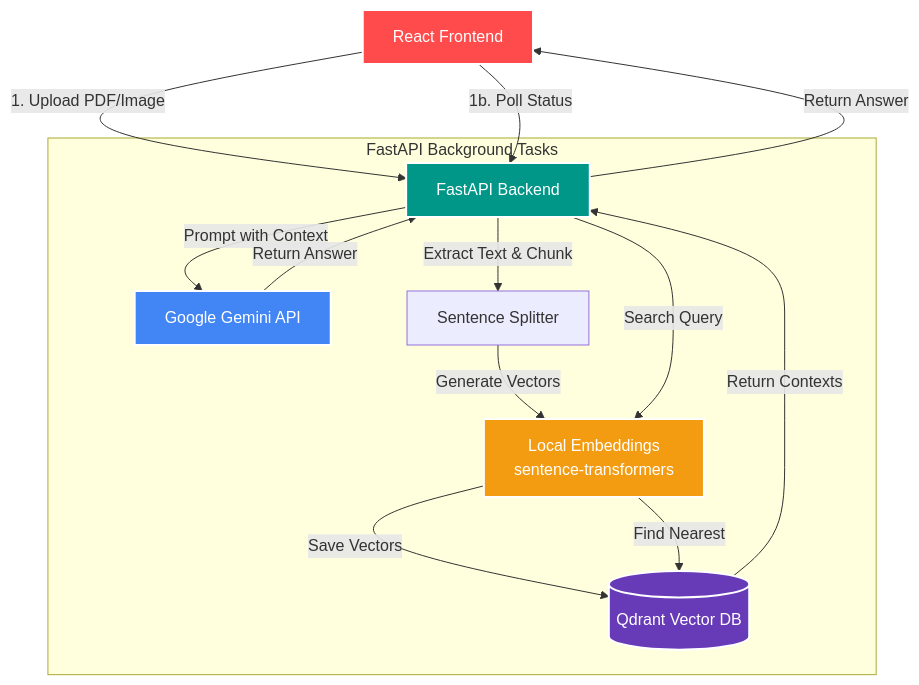
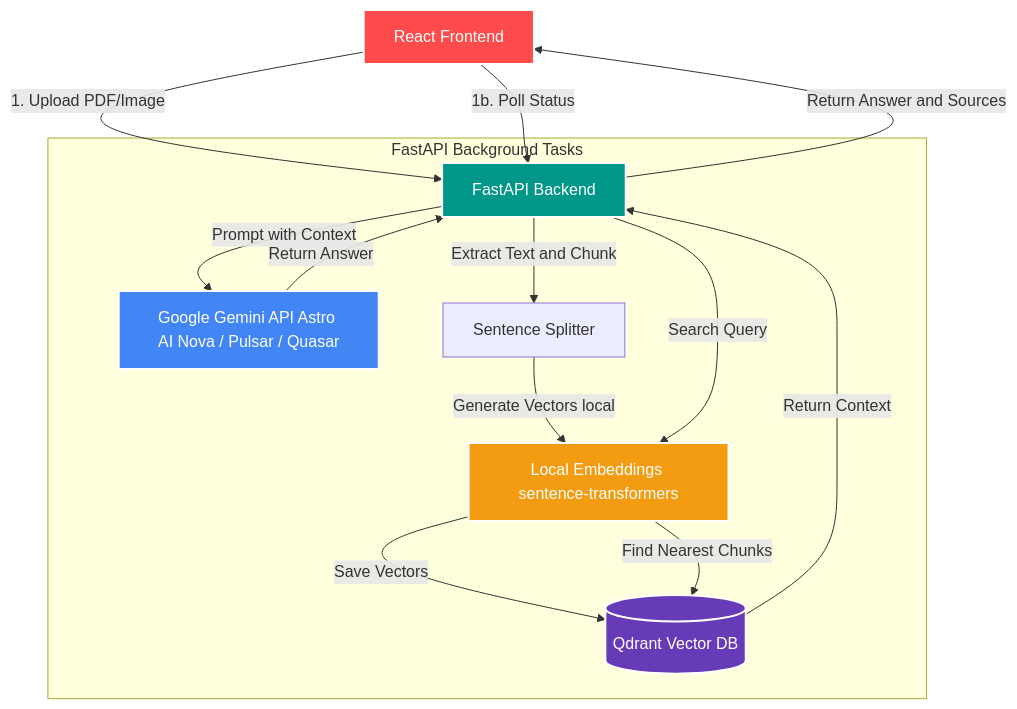
Before and after one commit to SihanUdayaratna03/Astro-AI: the first of 3 diagrams in README.md, drawn with Mermaid. The commit also changed other lines of this file and 1 other file, not shown here.

Commit message:
docs: rebrand to Astro AI, update README with landing screenshot and model tiers

````diff
--- a/README.md
+++ b/README.md
@@ -11,34 +13,30 @@
 ```mermaid
 graph TD
-    %% Define Styles
     classDef frontend fill:#ff4b4b,stroke:#fff,stroke-width:2px,color:#fff
     classDef backend fill:#009688,stroke:#fff,stroke-width:2px,color:#fff
     classDef localAI fill:#f39c12,stroke:#fff,stroke-width:2px,color:#fff
     classDef extAPI fill:#4285f4,stroke:#fff,stroke-width:2px,color:#fff
     classDef database fill:#673ab7,stroke:#fff,stroke-width:2px,color:#fff
 
-    %% Nodes
     UI[React Frontend]:::frontend
     API[FastAPI Backend]:::backend
-    SentenceTransformer[Local Embeddings<br>sentence-transformers]:::localAI
+    SentenceTransformer[Local Embeddings sentence-transformers]:::localAI
     Qdrant[(Qdrant Vector DB)]:::database
-    Gemini[Google Gemini API]:::extAPI
+    Gemini[Google Gemini API Astro AI Nova / Pulsar / Quasar]:::extAPI
 
-    %% Flow
     UI -- "1. Upload PDF/Image" --> API
     UI -- "1b. Poll Status" --> API
-    
+
     subgraph FastAPI Background Tasks
-        API -- "Extract Text & Chunk" --> Chunking[Sentence Splitter]
-        Chunking -- "Generate Vectors" --> SentenceTransformer
+        API -- "Extract Text and Chunk" --> Chunking[Sentence Splitter]
+        Chunking -- "Generate Vectors local" --> SentenceTransformer
         SentenceTransformer -- "Save Vectors" --> Qdrant
-        
         API -- "Search Query" --> SentenceTransformer
-        SentenceTransformer -- "Find Nearest" --> Qdrant
-        Qdrant -- "Return Contexts" --> API
+        SentenceTransformer -- "Find Nearest Chunks" --> Qdrant
+        Qdrant -- "Return Context" --> API
         API -- "Prompt with Context" --> Gemini
     end
 
     Gemini -- "Return Answer" --> API
-    API -- "Return Answer" --> UI
+    API -- "Return Answer and Sources" --> UI
 ```
````
